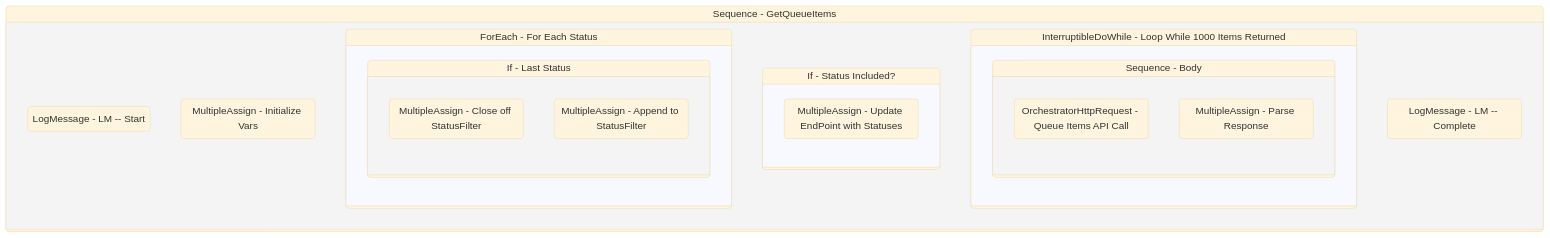
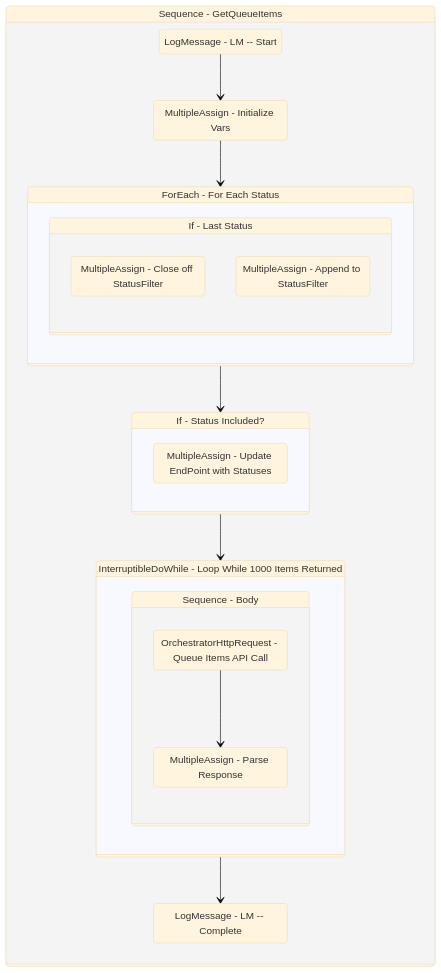
The diagram in Documentation/.templates/Reporters/Basic/Orchestrator/GetQueueItems.md (yashbrahmbhatt/LazyFramework), drawn with Mermaid (base theme) before and after one commit. The commit also changed 78 other files, not shown here.

Commit message:
added handling of ifs in autodocs mermaid

````diff
--- a/Documentation/.templates/Reporters/Basic/Orchestrator/GetQueueItems.md
+++ b/Documentation/.templates/Reporters/Basic/Orchestrator/GetQueueItems.md
@@ -144,42 +144,45 @@
 ```mermaid
 stateDiagram-v2
 
 
 Sequence_1: Sequence - GetQueueItems
 state Sequence_1 {
 direction TB
 LogMessage_1 : LogMessage - LM -- Start
 MultipleAssign_1 : MultipleAssign - Initialize Vars
-
+LogMessage_1 --> MultipleAssign_1
+MultipleAssign_1 --> ForEach1_1
 ForEach1_1: ForEach - For Each Status
 state ForEach1_1 {
 direction TB
 
 If_1: If - Last Status
 state If_1 {
 direction TB
 MultipleAssign_2 : MultipleAssign - Close off StatusFilter
 MultipleAssign_3 : MultipleAssign - Append to StatusFilter
 }
 }
-
+ForEach1_1 --> If_2
 If_2: If - Status Included?
 state If_2 {
 direction TB
 MultipleAssign_4 : MultipleAssign - Update EndPoint with Statuses
 }
-
+If_2 --> InterruptibleDoWhile_1
 InterruptibleDoWhile_1: InterruptibleDoWhile - Loop While 1000 Items Returned
 state InterruptibleDoWhile_1 {
 direction TB
 
 Sequence_6: Sequence - Body
 state Sequence_6 {
 direction TB
 OrchestratorHttpRequest_1 : OrchestratorHttpRequest - Queue Items API Call
 MultipleAssign_5 : MultipleAssign - Parse Response
+OrchestratorHttpRequest_1 --> MultipleAssign_5
 }
 }
 LogMessage_2 : LogMessage - LM -- Complete
+InterruptibleDoWhile_1 --> LogMessage_2
 }
 ```
````
